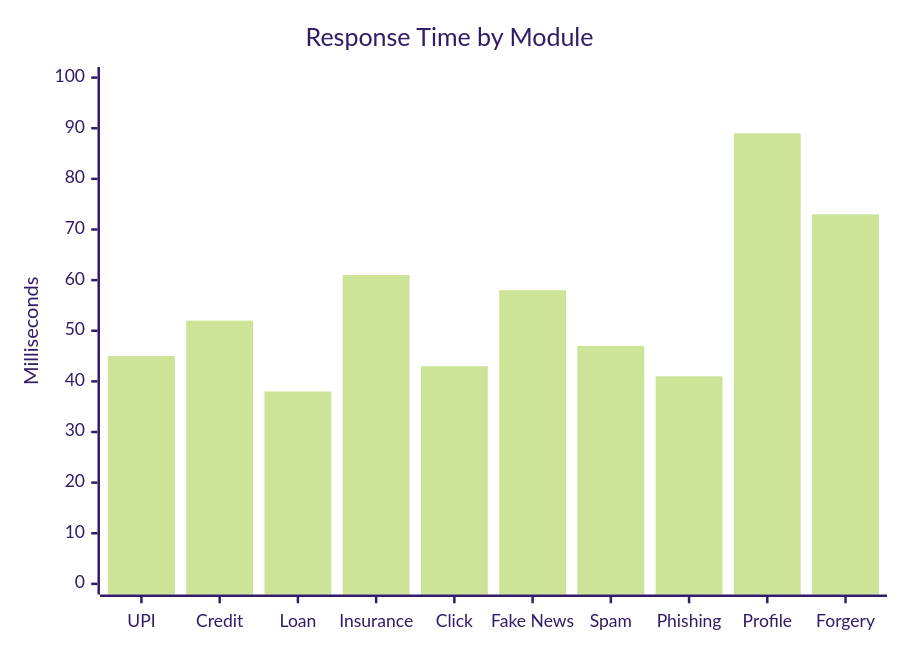
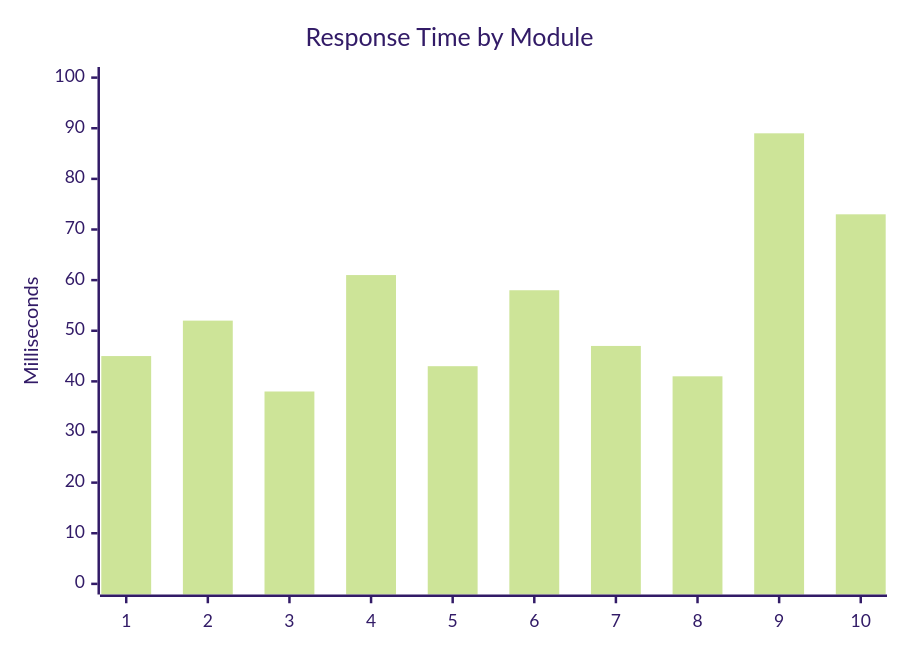
One commit to samira-nooreen/Multi-Domain-Fraud-Detection-Platform-Azure changed the fourth of 4 diagrams in helloreadme.md. Above: the diagram before and after it, drawn with Mermaid (forest theme). The commit also changed other lines of this file and 567 other files, not shown here.

````diff
--- a/helloreadme.md
+++ b/helloreadme.md
@@ -223,7 +216,6 @@
 ```mermaid
 xychart-beta
   title "Response Time by Module"
-  x-axis ["UPI", "Credit", "Loan", "Insurance", "Click", "Fake News", "Spam", "Phishing", "Profile", "Forgery"]
   y-axis "Milliseconds" 0 --> 100
   bar [45, 52, 38, 61, 43, 58, 47, 41, 89, 73]
 ```
````
